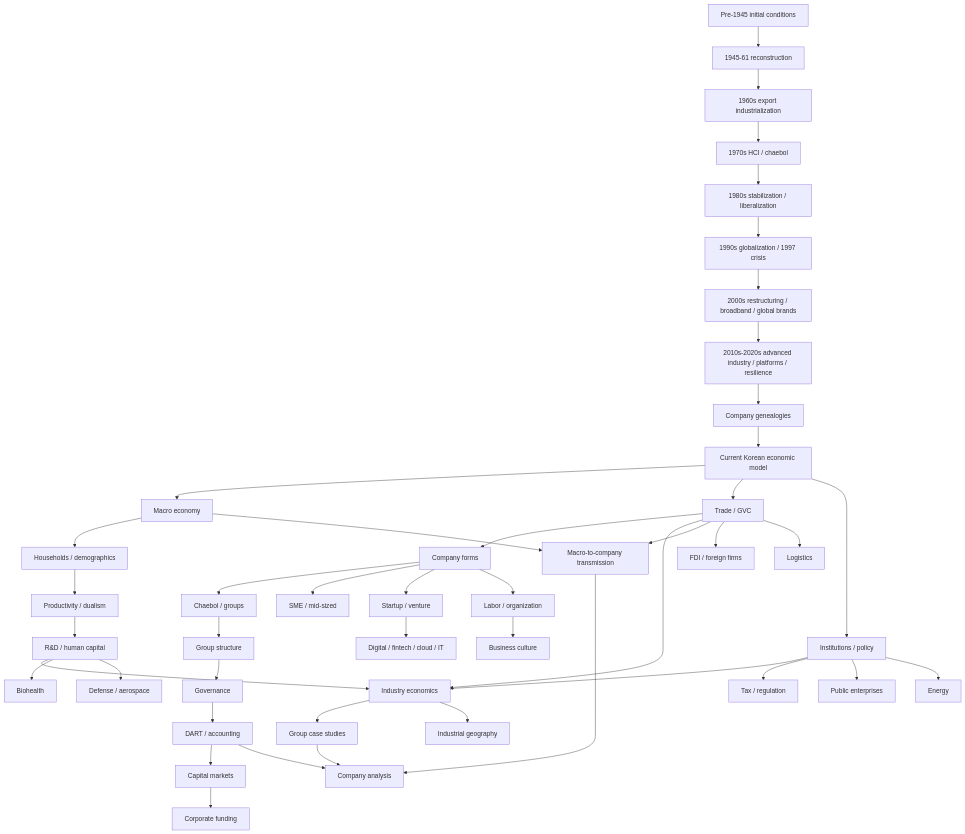
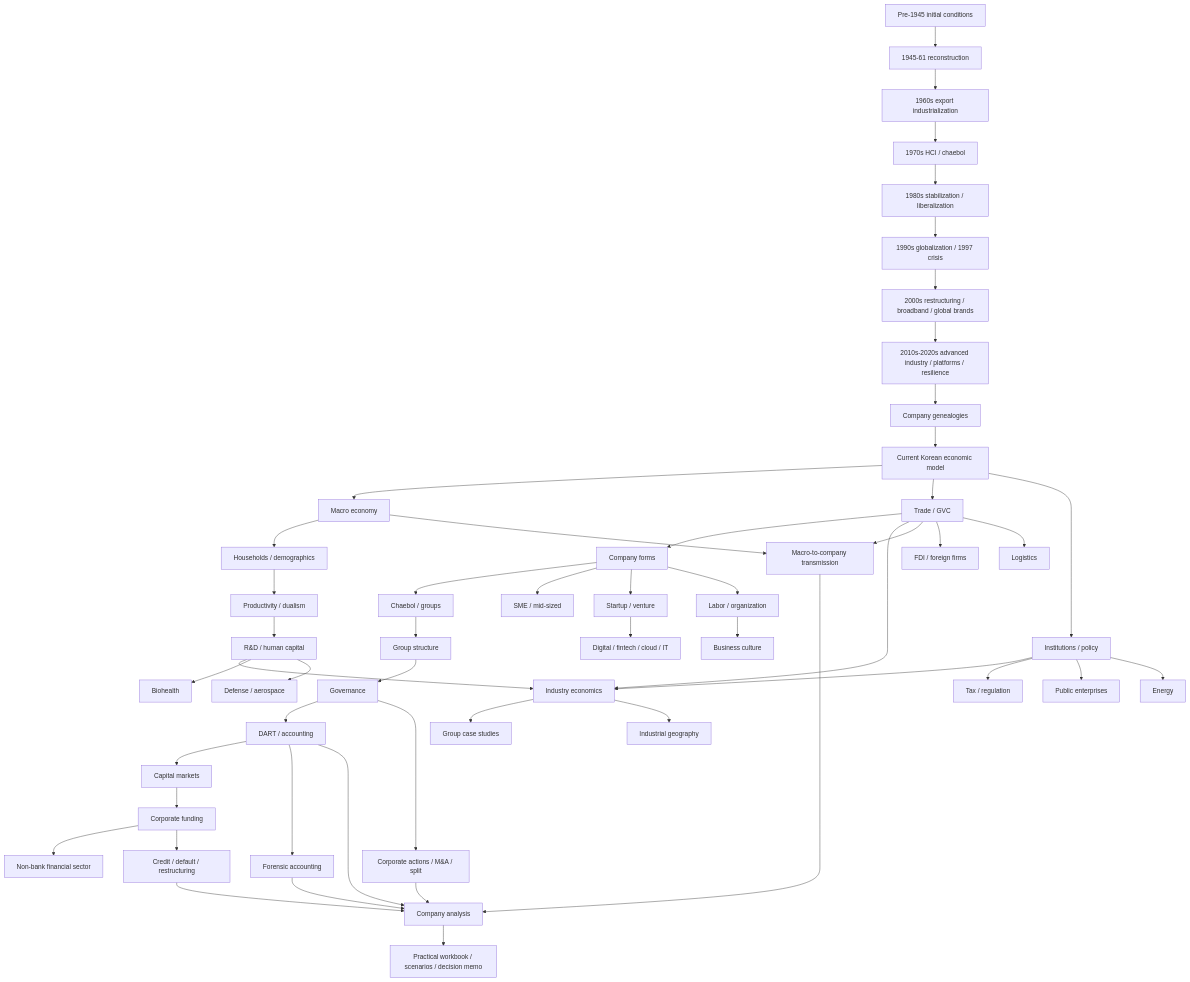
One commit to hunggtham/learning-docs changed the diagram in korea_business_economy_knowledge_library/README.md. Above: the diagram before and after it, drawn with Mermaid. The commit also changed other lines of this file, not shown here.

Commit message:
Integrate practical finance and company-analysis chapters

````diff
--- a/korea_business_economy_knowledge_library/README.md
+++ b/korea_business_economy_knowledge_library/README.md
@@ -212,56 +207,63 @@
 ```mermaid
 graph TD
     H0[Pre-1945 initial conditions] --> H1[1945-61 reconstruction]
     H1 --> H2[1960s export industrialization]
     H2 --> H3[1970s HCI / chaebol]
     H3 --> H4[1980s stabilization / liberalization]
     H4 --> H5[1990s globalization / 1997 crisis]
     H5 --> H6[2000s restructuring / broadband / global brands]
     H6 --> H7[2010s-2020s advanced industry / platforms / resilience]
     H7 --> HG[Company genealogies]
 
     HG --> A[Current Korean economic model]
     A --> M[Macro economy]
     A --> T[Trade / GVC]
     A --> INST[Institutions / policy]
 
     M --> HH[Households / demographics]
     HH --> PROD[Productivity / dualism]
     PROD --> RD[R&D / human capital]
 
     T --> CF[Company forms]
     CF --> CH[Chaebol / groups]
     CF --> SME[SME / mid-sized]
     CF --> START[Startup / venture]
 
     CH --> GS[Group structure]
     GS --> GOV[Governance]
     GOV --> DISC[DART / accounting]
     DISC --> CM[Capital markets]
     CM --> FUND[Corporate funding]
+    FUND --> NBF[Non-bank financial sector]
+    FUND --> CREDIT[Credit / default / restructuring]
+    GOV --> CA[Corporate actions / M&A / split]
+    DISC --> FORENSIC[Forensic accounting]
 
     CF --> LAB[Labor / organization]
     LAB --> CULT[Business culture]
 
     T --> IND[Industry economics]
     RD --> IND
     INST --> IND
 
     IND --> CASE[Group case studies]
     DISC --> ANALYZE[Company analysis]
+    FORENSIC --> ANALYZE
+    CREDIT --> ANALYZE
+    CA --> ANALYZE
     M --> TRANS[Macro-to-company transmission]
     T --> TRANS
-    CASE --> ANALYZE
     TRANS --> ANALYZE
+    ANALYZE --> WORKBOOK[Practical workbook / scenarios / decision memo]
 
     INST --> REG[Tax / regulation]
     T --> FDI[FDI / foreign firms]
     IND --> GEO[Industrial geography]
     INST --> PUB[Public enterprises]
 
     INST --> ENERGY[Energy]
     RD --> BIO[Biohealth]
     RD --> DEF[Defense / aerospace]
     T --> LOG[Logistics]
     START --> DIGI[Digital / fintech / cloud / IT]
 ```
````
